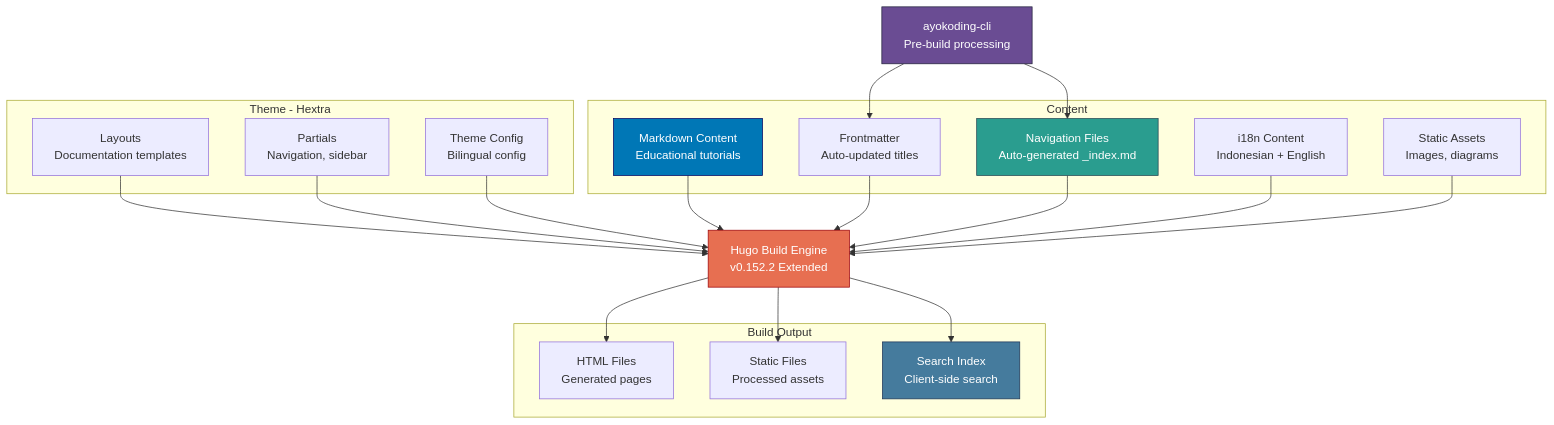
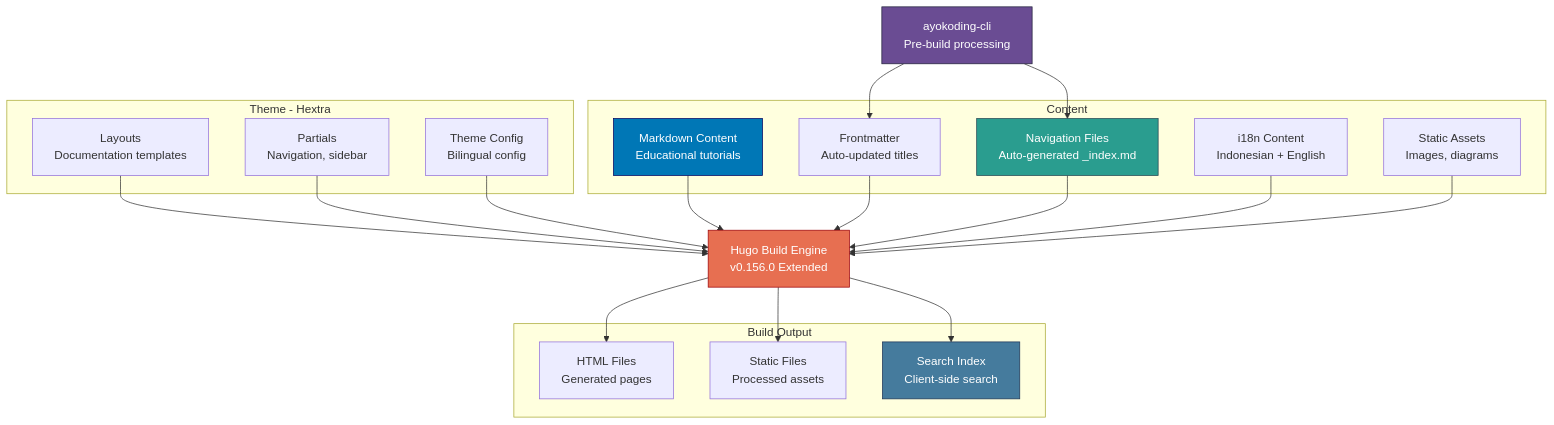
The eighth of 13 diagrams in docs/reference/re__system-architecture.md (wahidyankf/open-sharia-enterprise), drawn with Mermaid before and after one commit. The commit also changed other lines of this file and 66 other files, not shown here.

````diff
--- a/docs/reference/re__system-architecture.md
+++ b/docs/reference/re__system-architecture.md
@@ -406,45 +406,45 @@
 ```mermaid
 graph TB
     subgraph "Content"
         MD_CONTENT_AYO[Markdown Content<br/>Educational tutorials]
         FRONTMATTER_AYO[Frontmatter<br/>Auto-updated titles]
         NAV_FILES[Navigation Files<br/>Auto-generated _index.md]
         I18N_CONTENT[i18n Content<br/>Indonesian + English]
         ASSETS_AYO[Static Assets<br/>Images, diagrams]
     end
 
     subgraph "Theme - Hextra"
         LAYOUTS_AYO[Layouts<br/>Documentation templates]
         PARTIALS_AYO[Partials<br/>Navigation, sidebar]
         THEME_CONFIG_AYO[Theme Config<br/>Bilingual config]
     end
 
     subgraph "Build Output"
         HTML_AYO[HTML Files<br/>Generated pages]
         STATIC_AYO[Static Files<br/>Processed assets]
         SEARCH_INDEX[Search Index<br/>Client-side search]
     end
 
-    HUGO_AYO[Hugo Build Engine<br/>v0.152.2 Extended]
+    HUGO_AYO[Hugo Build Engine<br/>v0.156.0 Extended]
     AYOCLI_PROC[ayokoding-cli<br/>Pre-build processing]
 
     AYOCLI_PROC --> FRONTMATTER_AYO
     AYOCLI_PROC --> NAV_FILES
     MD_CONTENT_AYO --> HUGO_AYO
     FRONTMATTER_AYO --> HUGO_AYO
     NAV_FILES --> HUGO_AYO
     I18N_CONTENT --> HUGO_AYO
     LAYOUTS_AYO --> HUGO_AYO
     PARTIALS_AYO --> HUGO_AYO
     THEME_CONFIG_AYO --> HUGO_AYO
     ASSETS_AYO --> HUGO_AYO
     HUGO_AYO --> HTML_AYO
     HUGO_AYO --> STATIC_AYO
     HUGO_AYO --> SEARCH_INDEX
 
     style MD_CONTENT_AYO fill:#0077b6,stroke:#03045e,color:#ffffff
     style AYOCLI_PROC fill:#6a4c93,stroke:#22223b,color:#ffffff
     style NAV_FILES fill:#2a9d8f,stroke:#264653,color:#ffffff
     style HUGO_AYO fill:#e76f51,stroke:#9d0208,color:#ffffff
     style SEARCH_INDEX fill:#457b9d,stroke:#1d3557,color:#ffffff
 ```
````
